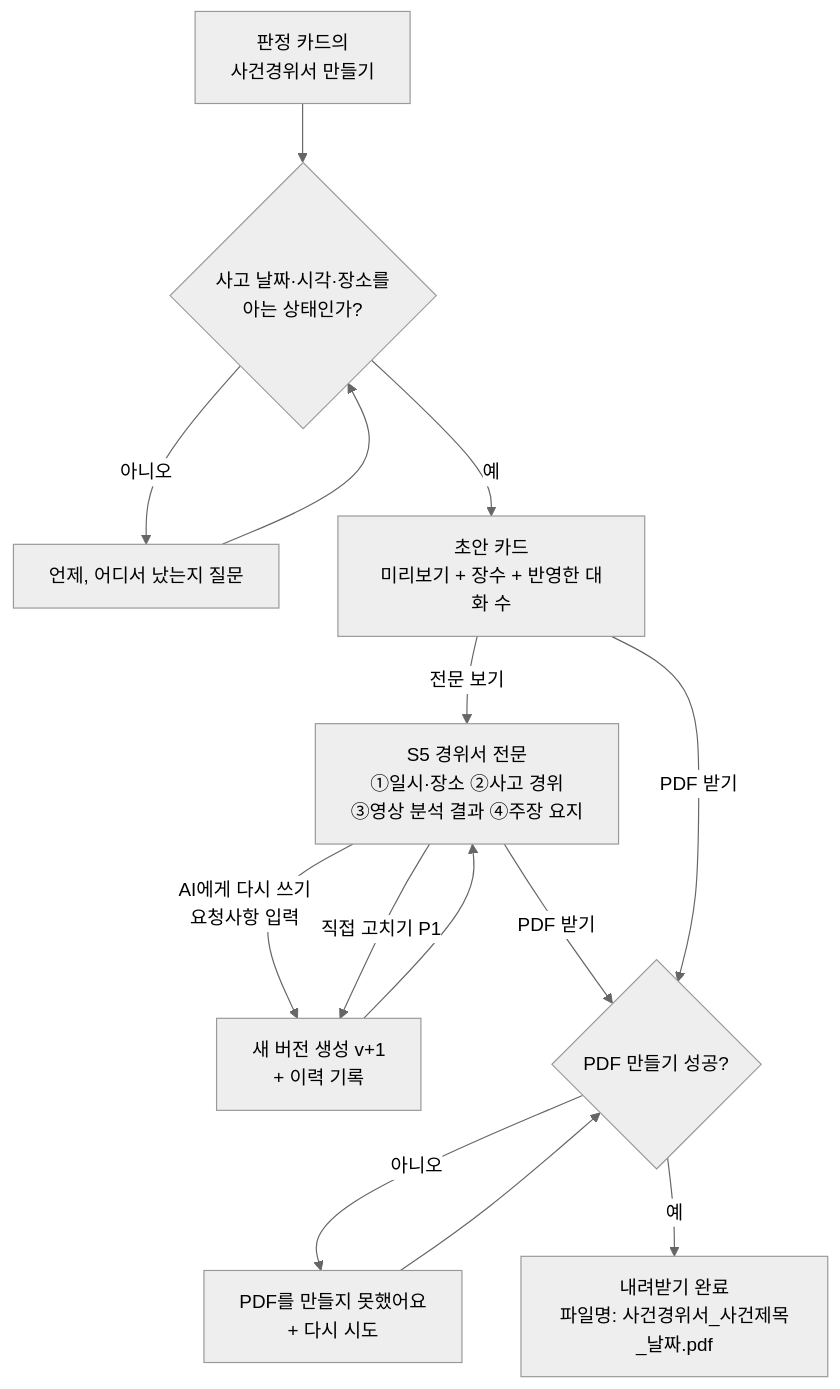
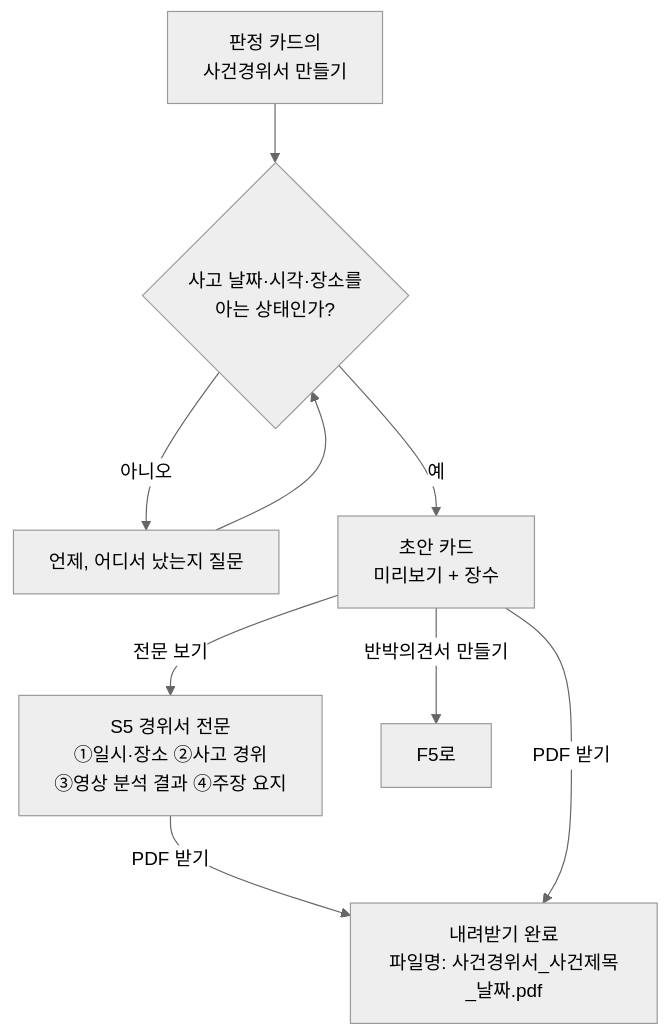
Before and after one commit to zinnli/fairway: the sixth of 8 diagrams in docs/handoff/03_유저플로우.md, drawn with Mermaid (neutral theme). The commit also changed other lines of this file and 112 other files, not shown here.

````diff
--- a/docs/handoff/03_유저플로우.md
+++ b/docs/handoff/03_유저플로우.md
@@ -127,16 +109,11 @@
 ```mermaid
 flowchart TD
   A["판정 카드의<br/>사건경위서 만들기"] --> B{"사고 날짜·시각·장소를<br/>아는 상태인가?"}
   B -->|아니오| C["언제, 어디서 났는지 질문"]
   C --> B
-  B -->|예| D["초안 카드<br/>미리보기 + 장수 + 반영한 대화 수"]
+  B -->|예| D["초안 카드<br/>미리보기 + 장수"]
   D -->|전문 보기| E["S5 경위서 전문<br/>①일시·장소 ②사고 경위<br/>③영상 분석 결과 ④주장 요지"]
-  E -->|AI에게 다시 쓰기<br/>요청사항 입력| F["새 버전 생성 v+1<br/>+ 이력 기록"]
-  F --> E
-  E -->|직접 고치기 P1| F
-  E -->|PDF 받기| G{"PDF 만들기 성공?"}
-  D -->|PDF 받기| G
-  G -->|아니오| H["PDF를 만들지 못했어요<br/>+ 다시 시도"]
-  H --> G
-  G -->|예| I["내려받기 완료<br/>파일명: 사건경위서_사건제목_날짜.pdf"]
+  E -->|PDF 받기| I["내려받기 완료<br/>파일명: 사건경위서_사건제목_날짜.pdf"]
+  D -->|PDF 받기| I
+  D -->|반박의견서 만들기| J["F5로"]
 ```
````
